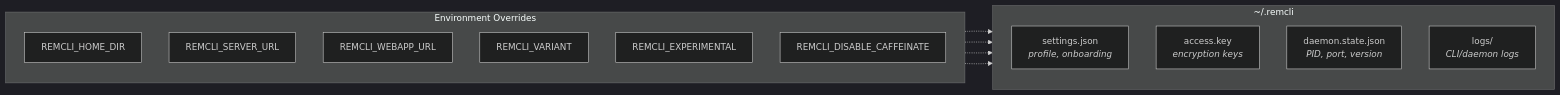
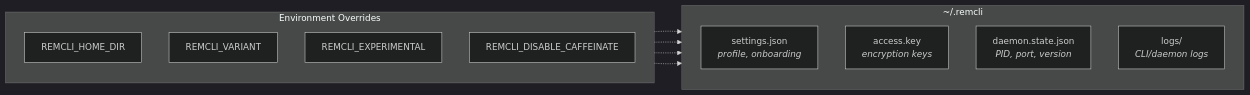
The third of 12 diagrams in docs/cli-architecture.md (spetrosyan94/remcli), drawn with Mermaid (dark theme) before and after one commit. The commit also changed other lines of this file and 45 other files, not shown here.

First line of the commit message:
refactor: remove cloud server logic, migrate to P2P-only architecture

````diff
--- a/docs/cli-architecture.md
+++ b/docs/cli-architecture.md
@@ -81,22 +81,20 @@
 ```mermaid
 graph LR
     subgraph "~/.remcli"
         direction TB
         settings["settings.json<br/><i>profile, onboarding</i>"]
         access["access.key<br/><i>encryption keys</i>"]
         daemon["daemon.state.json<br/><i>PID, port, version</i>"]
         logs["logs/<br/><i>CLI/daemon logs</i>"]
     end
 
     subgraph "Environment Overrides"
         direction TB
         E1[REMCLI_HOME_DIR]
-        E2[REMCLI_SERVER_URL]
-        E3[REMCLI_WEBAPP_URL]
-        E4[REMCLI_VARIANT]
-        E5[REMCLI_EXPERIMENTAL]
-        E6[REMCLI_DISABLE_CAFFEINATE]
+        E2[REMCLI_VARIANT]
+        E3[REMCLI_EXPERIMENTAL]
+        E4[REMCLI_DISABLE_CAFFEINATE]
     end
 
     E1 -.-> settings & access & daemon & logs
 ```
````
